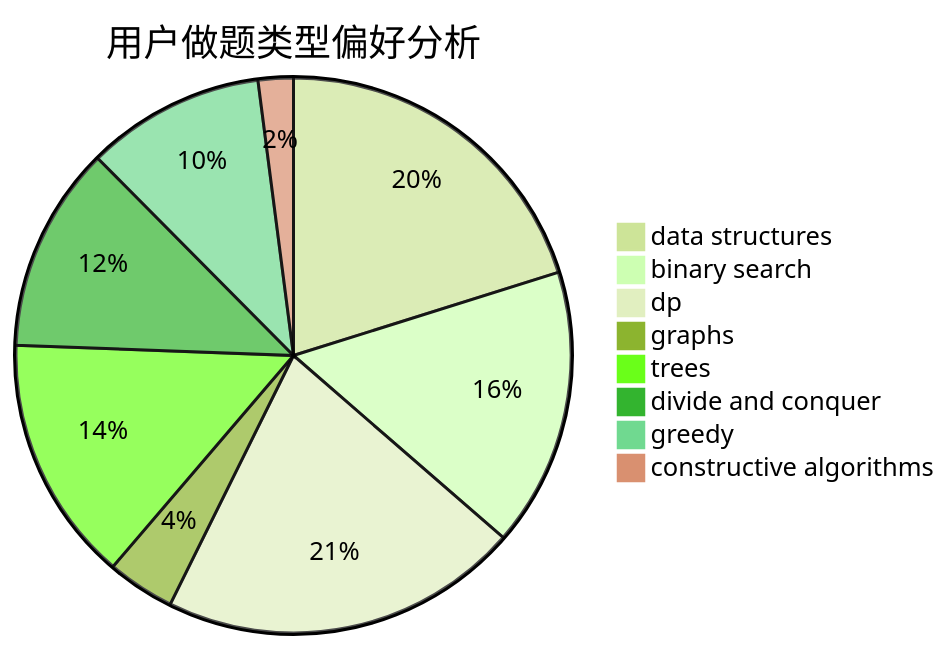
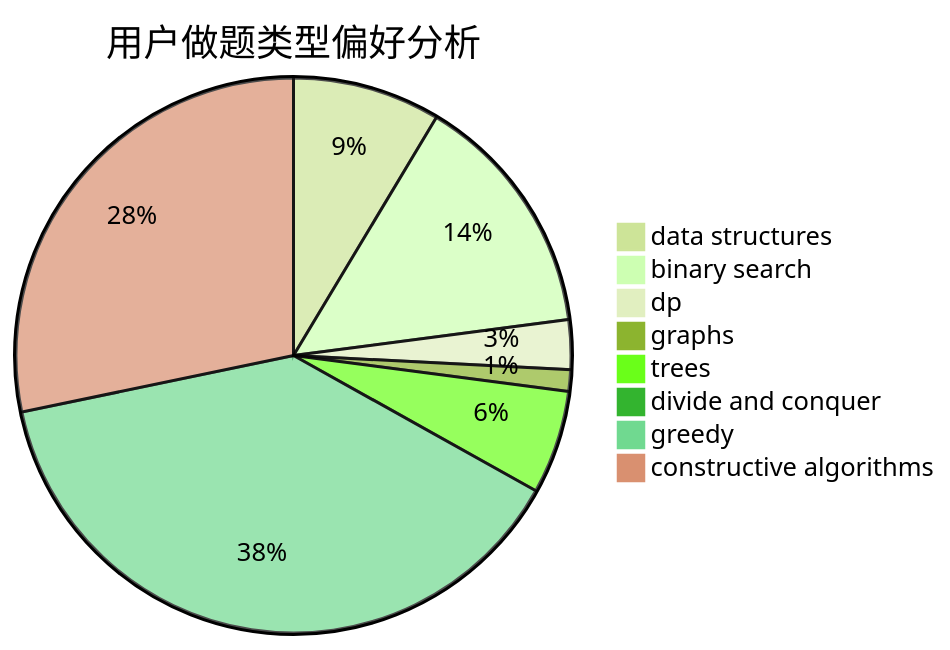
One commit to sherpahu/cfrs.github.io changed the second of 3 diagrams in docs/user/u552.md. Above: the diagram before and after it, drawn with Mermaid (forest theme). The commit also changed other lines of this file and 2770 other files, not shown here.

````diff
--- a/docs/user/u552.md
+++ b/docs/user/u552.md
@@ -23,11 +23,11 @@
 ```mermaid
 pie title 用户做题类型偏好分析
-    "data structures" :  128
-    "binary search" :  103
-    "dp" :  133
-    "graphs" :  25
-    "trees" :  91
-    "divide and conquer" :  76
-    "greedy" :  66
-    "constructive algorithms" :  13
+    "data structures" :  137
+    "binary search" :  228
+    "dp" :  46
+    "graphs" :  20
+    "trees" :  96
+    "divide and conquer" :  9
+    "greedy" :  615
+    "constructive algorithms" :  450
 ```
````
